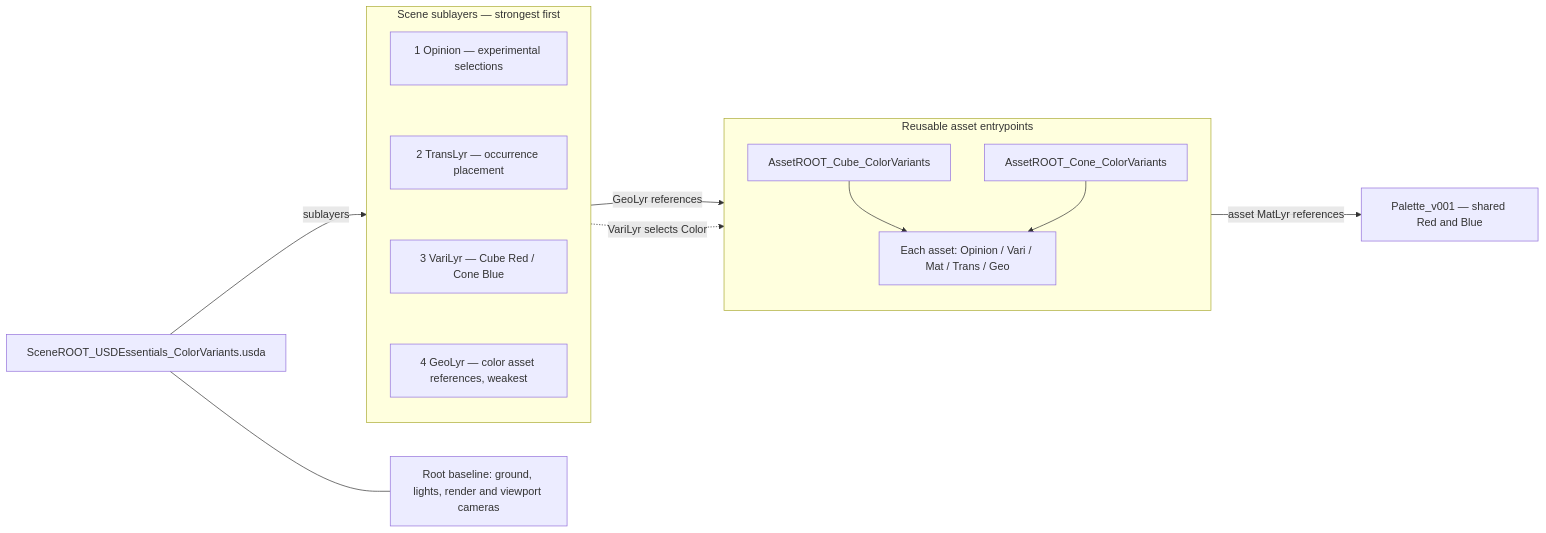
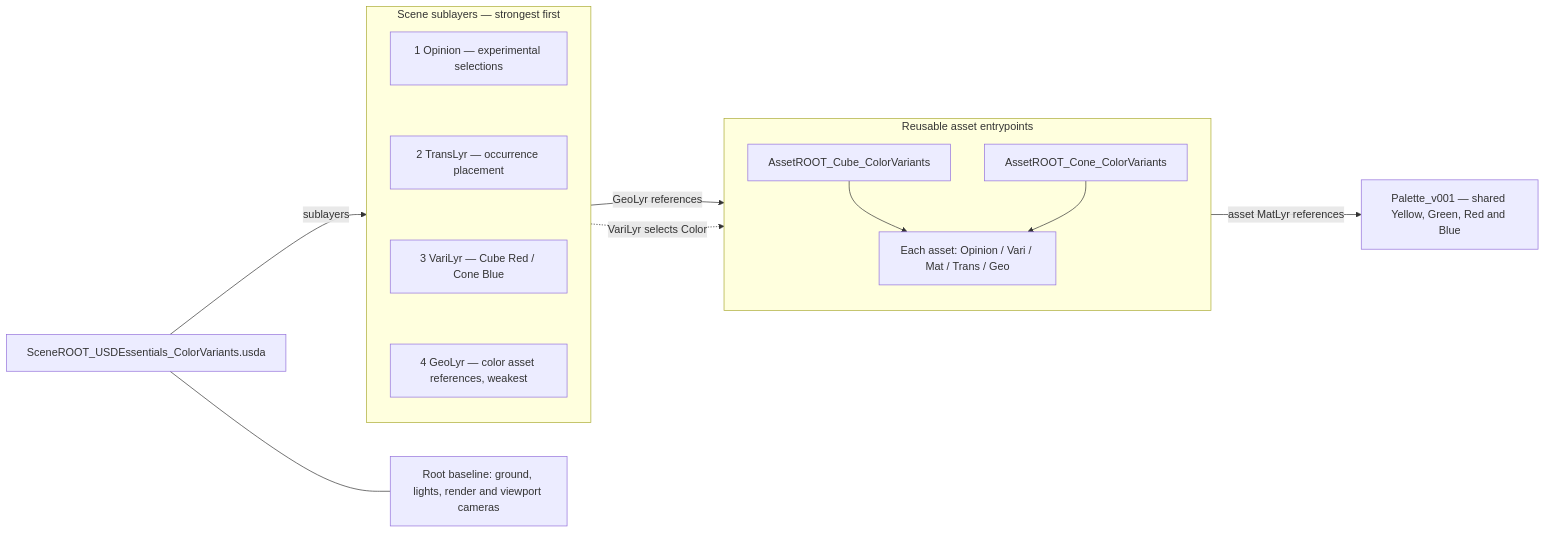
Before and after one commit to jph2/OpenUSD_GoodStart_CompositionContract: the diagram in examples/02_USDEssentials_Minimal/README_ColorVariants.md, drawn with Mermaid. The commit also changed other lines of this file and 11 other files, not shown here.

````diff
--- a/examples/02_USDEssentials_Minimal/README_ColorVariants.md
+++ b/examples/02_USDEssentials_Minimal/README_ColorVariants.md
@@ -16,29 +16,29 @@
 ```mermaid
 flowchart LR
     R["SceneROOT_USDEssentials_ColorVariants.usda"]
     subgraph STACK["Scene sublayers — strongest first"]
         direction TB
         O["1 Opinion — experimental selections"]
         T["2 TransLyr — occurrence placement"]
         V["3 VariLyr — Cube Red / Cone Blue"]
         G["4 GeoLyr — color asset references, weakest"]
         O ~~~ T
         T ~~~ V
         V ~~~ G
     end
     subgraph ASSETS["Reusable asset entrypoints"]
         direction TB
         C["AssetROOT_Cube_ColorVariants"]
         N["AssetROOT_Cone_ColorVariants"]
         ROLES["Each asset: Opinion / Vari / Mat / Trans / Geo"]
         C --> ROLES
         N --> ROLES
     end
-    P["Palette_v001 — shared Red and Blue"]
+    P["Palette_v001 — shared Yellow, Green, Red and Blue"]
     B["Root baseline: ground, lights, render and viewport cameras"]
     R --- B
     R -->|sublayers| STACK
     STACK -->|GeoLyr references| ASSETS
     STACK -.->|VariLyr selects Color| ASSETS
     ASSETS -->|asset MatLyr references| P
 ```
````
